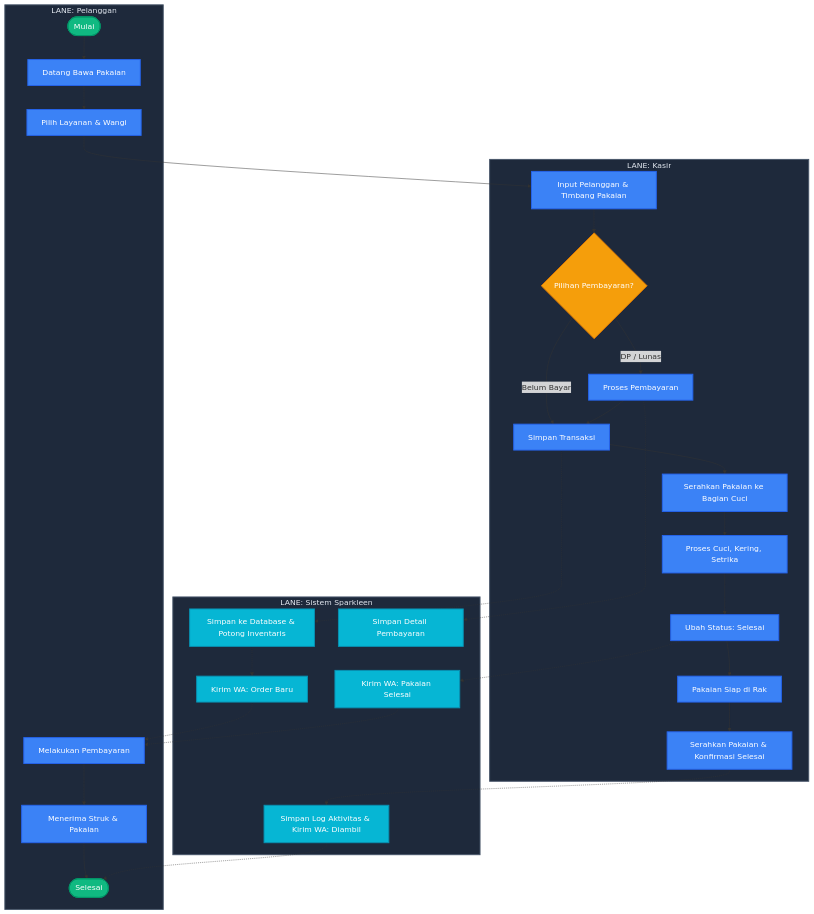
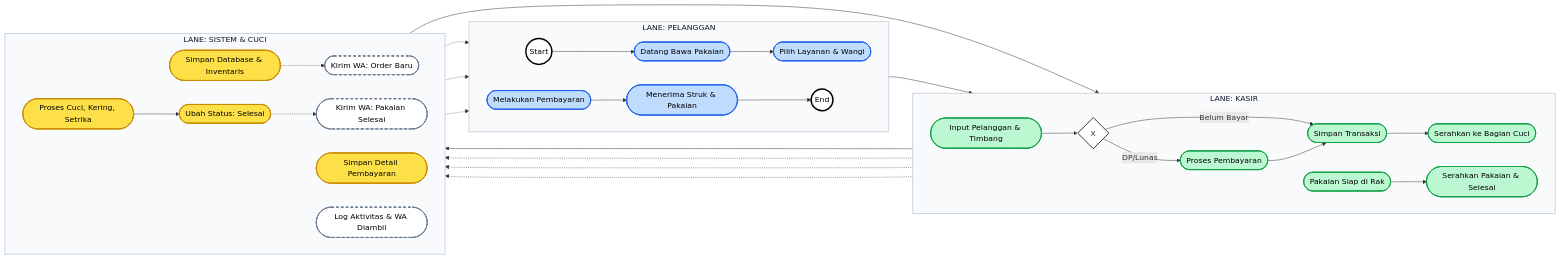
Diagram 17 of 17 in uml_and_system_design_documentation.md (rachmatx/sparkleen-laundry), drawn with Mermaid before and after one commit. The commit also changed other lines of this file and 5 other files, not shown here.

Commit message:
Perubahan warna badge pada log aktivitas, dan perubahan judul log aktivitas admin menjadi log aktivitas

````diff
--- a/uml_and_system_design_documentation.md
+++ b/uml_and_system_design_documentation.md
@@ -791,47 +1116,76 @@
 ```mermaid
-graph TD
-    %% BPMN Swimlanes for Sparkleen Laundry
-    subgraph Pelanggan [LANE: Pelanggan]
-        Start([Mulai]) --> B1[Datang Bawa Pakaian]
-        B1 --> B2[Pilih Layanan & Wangi]
-        B5[Melakukan Pembayaran] --> B6[Menerima Struk & Pakaian]
-        B6 --> End([Selesai])
+flowchart LR
+    %% Pengaturan orientasi kiri ke kanan (Horizontal Swimlanes)
+
+    subgraph Pelanggan [LANE: PELANGGAN]
+        direction LR
+        P_Start((Start)) --> P_B1([Datang Bawa Pakaian])
+        P_B1 --> P_B2([Pilih Layanan & Wangi])
+        P_B5([Melakukan Pembayaran]) --> P_B6([Menerima Struk & Pakaian])
+        P_B6 --> P_End((End))
     end
 
-    subgraph Kasir [LANE: Kasir]
-        B2 --> K1[Input Pelanggan & Timbang Pakaian]
-        K1 --> K2{Pilihan Pembayaran?}
-        K2 -->|DP / Lunas| K3[Proses Pembayaran]
-        K2 -->|Belum Bayar| K4[Simpan Transaksi]
-        K3 --> K4
-        K4 --> K5[Serahkan Pakaian ke Bagian Cuci]
-        K5 --> K6[Proses Cuci, Kering, Setrika]
-        K6 --> K7[Ubah Status: Selesai]
-        K7 --> K8[Pakaian Siap di Rak]
-        K8 --> K9[Serahkan Pakaian & Konfirmasi Selesai]
+    subgraph Kasir [LANE: KASIR]
+        direction LR
+        K_K1([Input Pelanggan & Timbang])
+        K_K2{X}
+        K_K3([Proses Pembayaran])
+        K_K4([Simpan Transaksi])
+        K_K5([Serahkan ke Bagian Cuci])
+        K_K8([Pakaian Siap di Rak])
+        K_K9([Serahkan Pakaian & Selesai])
     end
 
-    subgraph Sistem [LANE: Sistem Sparkleen]
-        K4 -.-> S1[Simpan ke Database & Potong Inventaris]
-        S1 -.-> S2[Kirim WA: Order Baru]
-        K3 -.-> S3[Simpan Detail Pembayaran]
-        K7 -.-> S4[Kirim WA: Pakaian Selesai]
-        K9 -.-> S5[Simpan Log Aktivitas & Kirim WA: Diambil]
-        S2 -.-> B5
-        S4 -.-> B5
-        S5 -.-> End
+    subgraph Sistem [LANE: SISTEM & CUCI]
+        direction LR
+        S_K6([Proses Cuci, Kering, Setrika])
+        S_K7([Ubah Status: Selesai])
+        S_S1([Simpan Database & Inventaris])
+        S_S2([Kirim WA: Order Baru])
+        S_S3([Simpan Detail Pembayaran])
+        S_S4([Kirim WA: Pakaian Selesai])
+        S_S5([Log Aktivitas & WA Diambil])
     end
 
-    %% Styling BPMN Elements
-    classDef laneStyle fill:#1e293b,stroke:#475569,stroke-width:2px,color:#e2e8f0;
-    classDef startEnd fill:#10b981,stroke:#059669,stroke-width:2px,color:#fff,rx:20px,ry:20px;
-    classDef taskStyle fill:#3b82f6,stroke:#2563eb,stroke-width:2px,color:#fff;
-    classDef gatewayStyle fill:#f59e0b,stroke:#d97706,stroke-width:2px,color:#fff;
-    classDef systemStyle fill:#06b6d4,stroke:#0891b2,stroke-width:2px,color:#fff;
+    %% Hubungan alur utama
+    P_B2 --> K_K1
+    K_K1 --> K_K2
+    K_K2 -->|DP/Lunas| K_K3
+    K_K2 -->|Belum Bayar| K_K4
+    K_K3 --> K_K4
+    K_K4 --> K_K5
+    K_K5 --> S_K6
+    S_K6 --> S_K7
+    S_K7 --> K_K8
+    K_K8 --> K_K9
+    
+    %% Hubungan ke sistem
+    K_K4 -.-> S_S1
+    S_S1 -.-> S_S2
+    K_K3 -.-> S_S3
+    S_K7 -.-> S_S4
+    K_K9 -.-> S_S5
 
+    %% Hubungan balik ke pelanggan
+    S_S2 -.-> P_B5
+    S_S4 -.-> P_B5
+    S_S5 -.-> P_End
+
+    %% Styling Mirip BPMN (Horizontal Flow & Colors)
+    classDef default fill:#fff,stroke:#333,stroke-width:2px,color:#333;
+    classDef startEnd fill:#fff,stroke:#000,stroke-width:3px,color:#000;
+    classDef gateway fill:#fff,stroke:#333,stroke-width:2px,color:#333;
+    classDef pelangganTask fill:#bfdbfe,stroke:#2563eb,stroke-width:2px,color:#000;
+    classDef kasirTask fill:#bbf7d0,stroke:#16a34a,stroke-width:2px,color:#000;
+    classDef sistemTask fill:#fde047,stroke:#ca8a04,stroke-width:2px,color:#000;
+    classDef notifTask fill:#fff,stroke:#64748b,stroke-width:2px,stroke-dasharray: 5 5,color:#000;
+    classDef laneStyle fill:#f8fafc,stroke:#cbd5e1,stroke-width:2px,color:#0f172a;
+
+    class P_Start,P_End startEnd;
+    class K_K2 gateway;
+    class P_B1,P_B2,P_B5,P_B6 pelangganTask;
+    class K_K1,K_K3,K_K4,K_K5,K_K8,K_K9 kasirTask;
+    class S_K6,S_K7,S_S1,S_S3 sistemTask;
+    class S_S2,S_S4,S_S5 notifTask;
     class Pelanggan,Kasir,Sistem laneStyle;
-    class Start,End startEnd;
-    class B1,B2,B5,B6,K1,K3,K4,K5,K6,K7,K8,K9 taskStyle;
-    class K2 gatewayStyle;
-    class S1,S2,S3,S4,S5 systemStyle;
 ```
````
